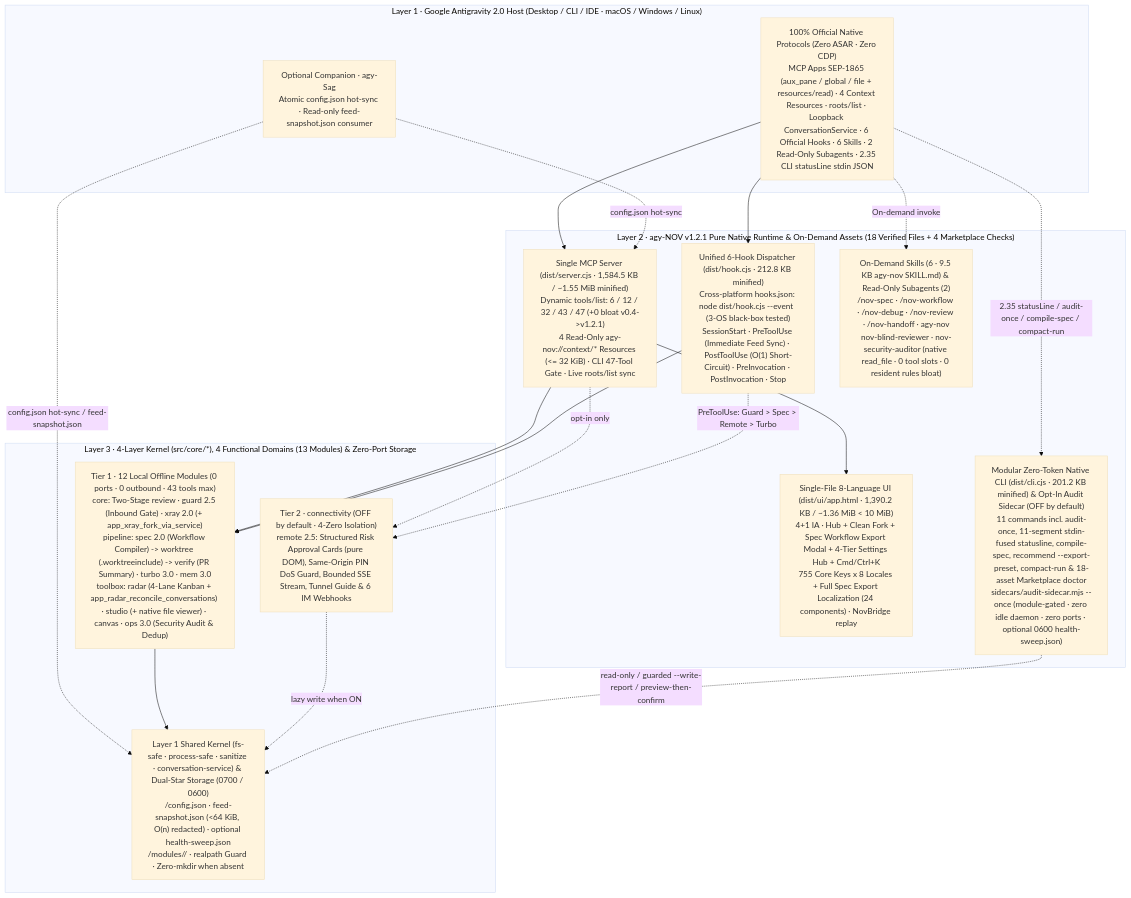
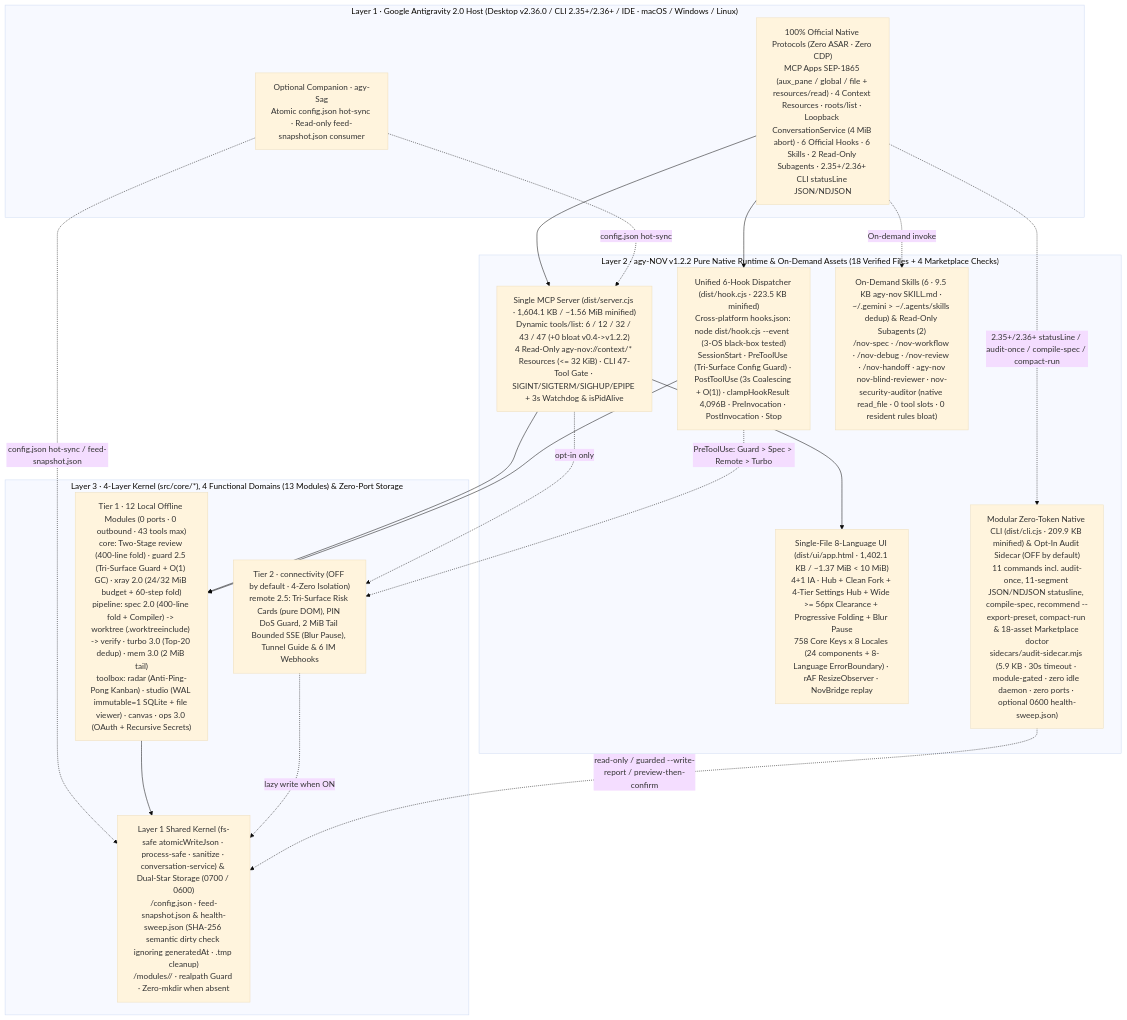
The diagram in README.md (tone-leh/agy-NOV), drawn with Mermaid (base theme) before and after one commit. The commit also changed other lines of this file and 96 other files, not shown here.

Commit message:
feat(v1.2.2): extreme-load stability hardening, write-storm suppression & Antigravity v2.36.0 compatibility

````diff
--- a/README.md
+++ b/README.md
@@ -284,36 +297,36 @@
 ```mermaid
 flowchart TB
-  subgraph L1["Layer 1 · Google Antigravity 2.0 Host (Desktop / CLI / IDE · macOS / Windows / Linux)"]
-    Host["100% Official Native Protocols (Zero ASAR · Zero CDP)\nMCP Apps SEP-1865 (aux_pane / global / file + resources/read) · 4 Context Resources · roots/list · Loopback ConversationService · 6 Official Hooks · 6 Skills · 2 Read-Only Subagents · 2.35 CLI statusLine stdin JSON"]
+  subgraph L1["Layer 1 · Google Antigravity 2.0 Host (Desktop v2.36.0 / CLI 2.35+/2.36+ / IDE · macOS / Windows / Linux)"]
+    Host["100% Official Native Protocols (Zero ASAR · Zero CDP)\nMCP Apps SEP-1865 (aux_pane / global / file + resources/read) · 4 Context Resources · roots/list · Loopback ConversationService (4 MiB abort) · 6 Official Hooks · 6 Skills · 2 Read-Only Subagents · 2.35+/2.36+ CLI statusLine JSON/NDJSON"]
     Sag["Optional Companion · agy-Sag\nAtomic config.json hot-sync · Read-only feed-snapshot.json consumer"]
   end
 
-  subgraph L2["Layer 2 · agy-NOV v1.2.1 Pure Native Runtime & On-Demand Assets (18 Verified Files + 4 Marketplace Checks)"]
-    MCP["Single MCP Server (dist/server.cjs · 1,584.5 KB / ~1.55 MiB minified)\nDynamic tools/list: 6 / 12 / 32 / 43 / 47 (+0 bloat v0.4->v1.2.1)\n4 Read-Only agy-nov://context/* Resources (<= 32 KiB) · CLI 47-Tool Gate · Live roots/list sync"]
-    Hook["Unified 6-Hook Dispatcher (dist/hook.cjs · 212.8 KB minified)\nCross-platform hooks.json: node dist/hook.cjs --event <Event> (3-OS black-box tested)\nSessionStart · PreToolUse (Immediate Feed Sync) · PostToolUse (O(1) Short-Circuit) · PreInvocation · PostInvocation · Stop"]
-    UI["Single-File 8-Language UI (dist/ui/app.html · 1,390.2 KB / ~1.36 MiB < 10 MiB)\n4+1 IA · Hub + Clean Fork + Spec Workflow Export Modal + 4-Tier Settings Hub + Cmd/Ctrl+K\n755 Core Keys x 8 Locales + Full Spec Export Localization (24 components) · NovBridge replay"]
-    Playbooks["On-Demand Skills (6 · 9.5 KB agy-nov SKILL.md) & Read-Only Subagents (2)\n/nov-spec · /nov-workflow · /nov-debug · /nov-review · /nov-handoff · agy-nov\nnov-blind-reviewer · nov-security-auditor (native read_file · 0 tool slots · 0 resident rules bloat)"]
-    CLI["Modular Zero-Token Native CLI (dist/cli.cjs · 201.2 KB minified) & Opt-In Audit Sidecar (OFF by default)\n11 commands incl. audit-once, 11-segment stdin-fused statusline, compile-spec, recommend --export-preset, compact-run & 18-asset Marketplace doctor\nsidecars/audit-sidecar.mjs --once (module-gated · zero idle daemon · zero ports · optional 0600 health-sweep.json)"]
+  subgraph L2["Layer 2 · agy-NOV v1.2.2 Pure Native Runtime & On-Demand Assets (18 Verified Files + 4 Marketplace Checks)"]
+    MCP["Single MCP Server (dist/server.cjs · 1,604.1 KB / ~1.56 MiB minified)\nDynamic tools/list: 6 / 12 / 32 / 43 / 47 (+0 bloat v0.4->v1.2.2)\n4 Read-Only agy-nov://context/* Resources (<= 32 KiB) · CLI 47-Tool Gate · SIGINT/SIGTERM/SIGHUP/EPIPE + 3s Watchdog & isPidAlive"]
+    Hook["Unified 6-Hook Dispatcher (dist/hook.cjs · 223.5 KB minified)\nCross-platform hooks.json: node dist/hook.cjs --event <Event> (3-OS black-box tested)\nSessionStart · PreToolUse (Tri-Surface Config Guard) · PostToolUse (3s Coalescing + O(1)) · clampHookResult 4,096B · PreInvocation · PostInvocation · Stop"]
+    UI["Single-File 8-Language UI (dist/ui/app.html · 1,402.1 KB / ~1.37 MiB < 10 MiB)\n4+1 IA · Hub + Clean Fork + 4-Tier Settings Hub + Wide >= 56px Clearance + Progressive Folding + Blur Pause\n758 Core Keys x 8 Locales (24 components + 8-Language ErrorBoundary) · rAF ResizeObserver · NovBridge replay"]
+    Playbooks["On-Demand Skills (6 · 9.5 KB agy-nov SKILL.md · ~/.gemini > ~/.agents/skills dedup) & Read-Only Subagents (2)\n/nov-spec · /nov-workflow · /nov-debug · /nov-review · /nov-handoff · agy-nov\nnov-blind-reviewer · nov-security-auditor (native read_file · 0 tool slots · 0 resident rules bloat)"]
+    CLI["Modular Zero-Token Native CLI (dist/cli.cjs · 209.9 KB minified) & Opt-In Audit Sidecar (OFF by default)\n11 commands incl. audit-once, 11-segment JSON/NDJSON statusline, compile-spec, recommend --export-preset, compact-run & 18-asset Marketplace doctor\nsidecars/audit-sidecar.mjs (5.9 KB · 30s timeout · module-gated · zero idle daemon · zero ports · optional 0600 health-sweep.json)"]
   end
 
   subgraph L3["Layer 3 · 4-Layer Kernel (src/core/*), 4 Functional Domains (13 Modules) & Zero-Port Storage"]
-    T1["Tier 1 · 12 Local Offline Modules (0 ports · 0 outbound · 43 tools max)\ncore: Two-Stage review · guard 2.5 (Inbound Gate) · xray 2.0 (+ app_xray_fork_via_service)\npipeline: spec 2.0 (Workflow Compiler) -> worktree (.worktreeinclude) -> verify (PR Summary) · turbo 3.0 · mem 3.0\ntoolbox: radar (4-Lane Kanban + app_radar_reconcile_conversations) · studio (+ native file viewer) · canvas · ops 3.0 (Security Audit & Dedup)"]
-    T2R["Tier 2 · connectivity (OFF by default · 4-Zero Isolation)\nremote 2.5: Structured Risk Approval Cards (pure DOM), Same-Origin PIN DoS Guard, Bounded SSE Stream, Tunnel Guide & 6 IM Webhooks"]
-    Store["Layer 1 Shared Kernel (fs-safe · process-safe · sanitize · conversation-service) & Dual-Star Storage (0700 / 0600)\n<dataDir>/config.json · feed-snapshot.json (<64 KiB, O(n) redacted) · optional health-sweep.json\n<dataDir>/modules/<id>/ · realpath Guard · Zero-mkdir when absent"]
+    T1["Tier 1 · 12 Local Offline Modules (0 ports · 0 outbound · 43 tools max)\ncore: Two-Stage review (400-line fold) · guard 2.5 (Tri-Surface Guard + O(1) GC) · xray 2.0 (24/32 MiB budget + 60-step fold)\npipeline: spec 2.0 (400-line fold + Compiler) -> worktree (.worktreeinclude) -> verify · turbo 3.0 (Top-20 dedup) · mem 3.0 (2 MiB tail)\ntoolbox: radar (Anti-Ping-Pong Kanban) · studio (WAL immutable=1 SQLite + file viewer) · canvas · ops 3.0 (OAuth + Recursive Secrets)"]
+    T2R["Tier 2 · connectivity (OFF by default · 4-Zero Isolation)\nremote 2.5: Tri-Surface Risk Cards (pure DOM), PIN DoS Guard, 2 MiB Tail Bounded SSE (Blur Pause), Tunnel Guide & 6 IM Webhooks"]
+    Store["Layer 1 Shared Kernel (fs-safe atomicWriteJson · process-safe · sanitize · conversation-service) & Dual-Star Storage (0700 / 0600)\n<dataDir>/config.json · feed-snapshot.json & health-sweep.json (SHA-256 semantic dirty check ignoring generatedAt · .tmp cleanup)\n<dataDir>/modules/<id>/ · realpath Guard · Zero-mkdir when absent"]
   end
 
   Host --> MCP
   Host --> Hook
   Host -. "On-demand invoke" .-> Playbooks
-  Host -. "2.35 statusLine / audit-once / compile-spec / compact-run" .-> CLI
+  Host -. "2.35+/2.36+ statusLine / audit-once / compile-spec / compact-run" .-> CLI
   Sag -. "config.json hot-sync / feed-snapshot.json" .-> Store
   Sag -. "config.json hot-sync" .-> MCP
   MCP --> UI
   MCP --> T1
   MCP -. "opt-in only" .-> T2R
   Hook --> T1
   Hook -. "PreToolUse: Guard > Spec > Remote > Turbo" .-> T2R
   T1 --> Store
   T2R -. "lazy write when ON" .-> Store
   CLI -. "read-only / guarded --write-report / preview-then-confirm" .-> Store
 ```
````
